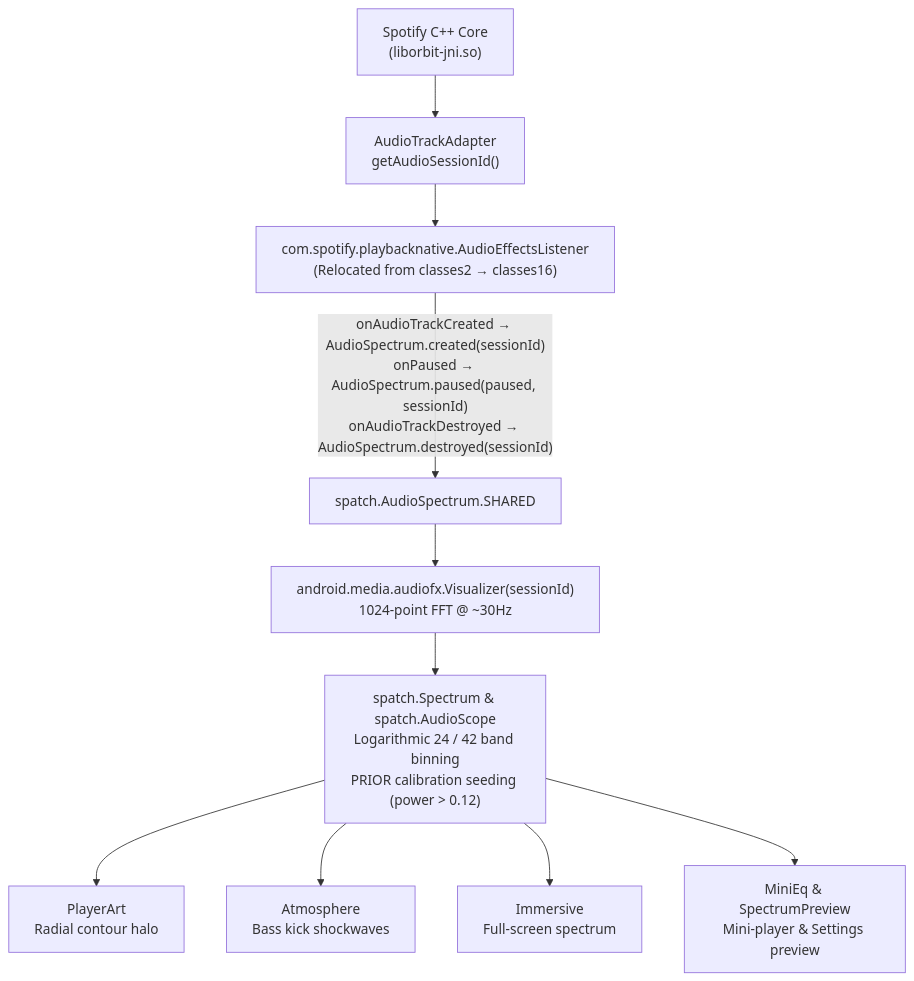
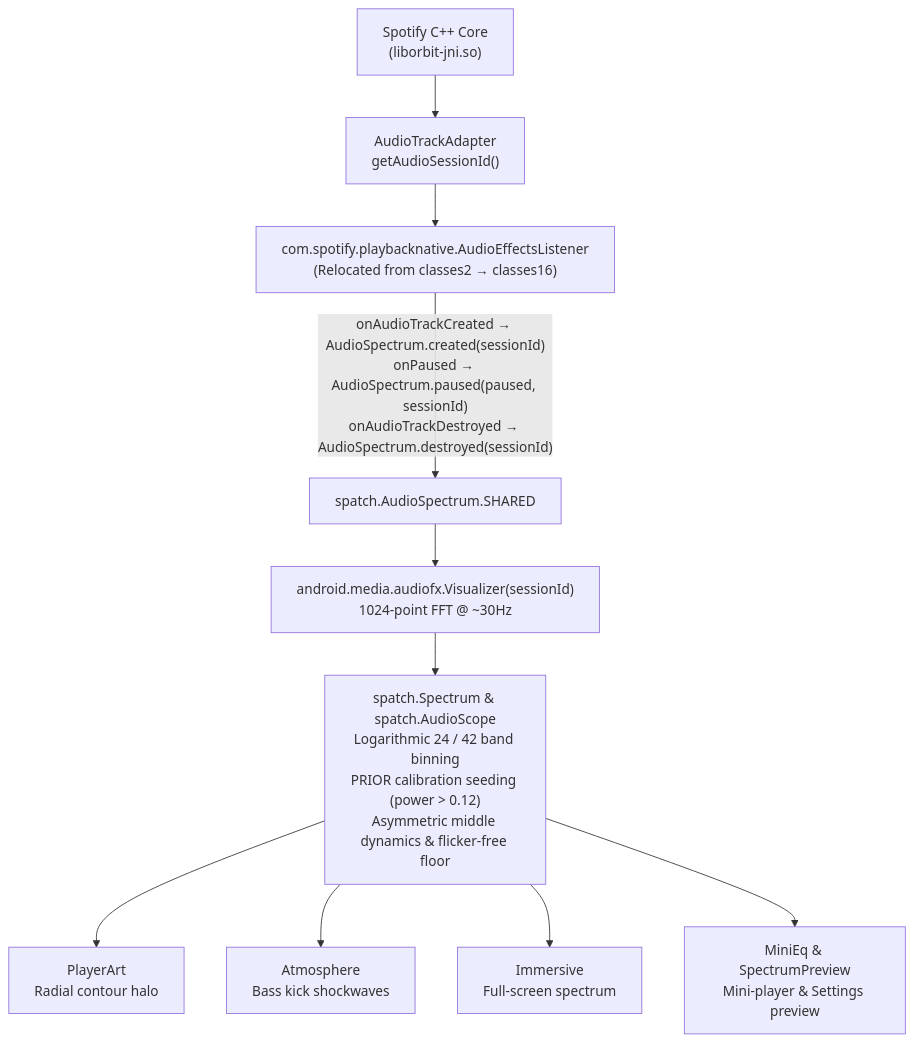
One commit to n0thhhing/spatch changed the seventh of 11 diagrams in docs/spotify-map.md. Above: the diagram before and after it, drawn with Mermaid. The commit also changed other lines of this file and 10 other files, not shown here.

````diff
--- a/docs/spotify-map.md
+++ b/docs/spotify-map.md
@@ -234,12 +234,12 @@
 ```mermaid
 flowchart TB
     ORBIT["Spotify C++ Core\n(liborbit-jni.so)"] --> ATA["AudioTrackAdapter\ngetAudioSessionId()"]
     ATA --> AEL["com.spotify.playbacknative.AudioEffectsListener\n(Relocated from classes2 → classes16)"]
     AEL -- "onAudioTrackCreated → AudioSpectrum.created(sessionId)\nonPaused → AudioSpectrum.paused(paused, sessionId)\nonAudioTrackDestroyed → AudioSpectrum.destroyed(sessionId)" --> AS["spatch.AudioSpectrum.SHARED"]
     AS --> VIS["android.media.audiofx.Visualizer(sessionId)\n1024-point FFT @ ~30Hz"]
-    VIS --> SPEC["spatch.Spectrum & spatch.AudioScope\nLogarithmic 24 / 42 band binning\nPRIOR calibration seeding (power > 0.12)"]
+    VIS --> SPEC["spatch.Spectrum & spatch.AudioScope\nLogarithmic 24 / 42 band binning\nPRIOR calibration seeding (power > 0.12)\nAsymmetric middle dynamics & flicker-free floor"]
     SPEC --> C1["PlayerArt\nRadial contour halo"]
     SPEC --> C2["Atmosphere\nBass kick shockwaves"]
     SPEC --> C3["Immersive\nFull-screen spectrum"]
     SPEC --> C4["MiniEq & SpectrumPreview\nMini-player & Settings preview"]
 ```
````
